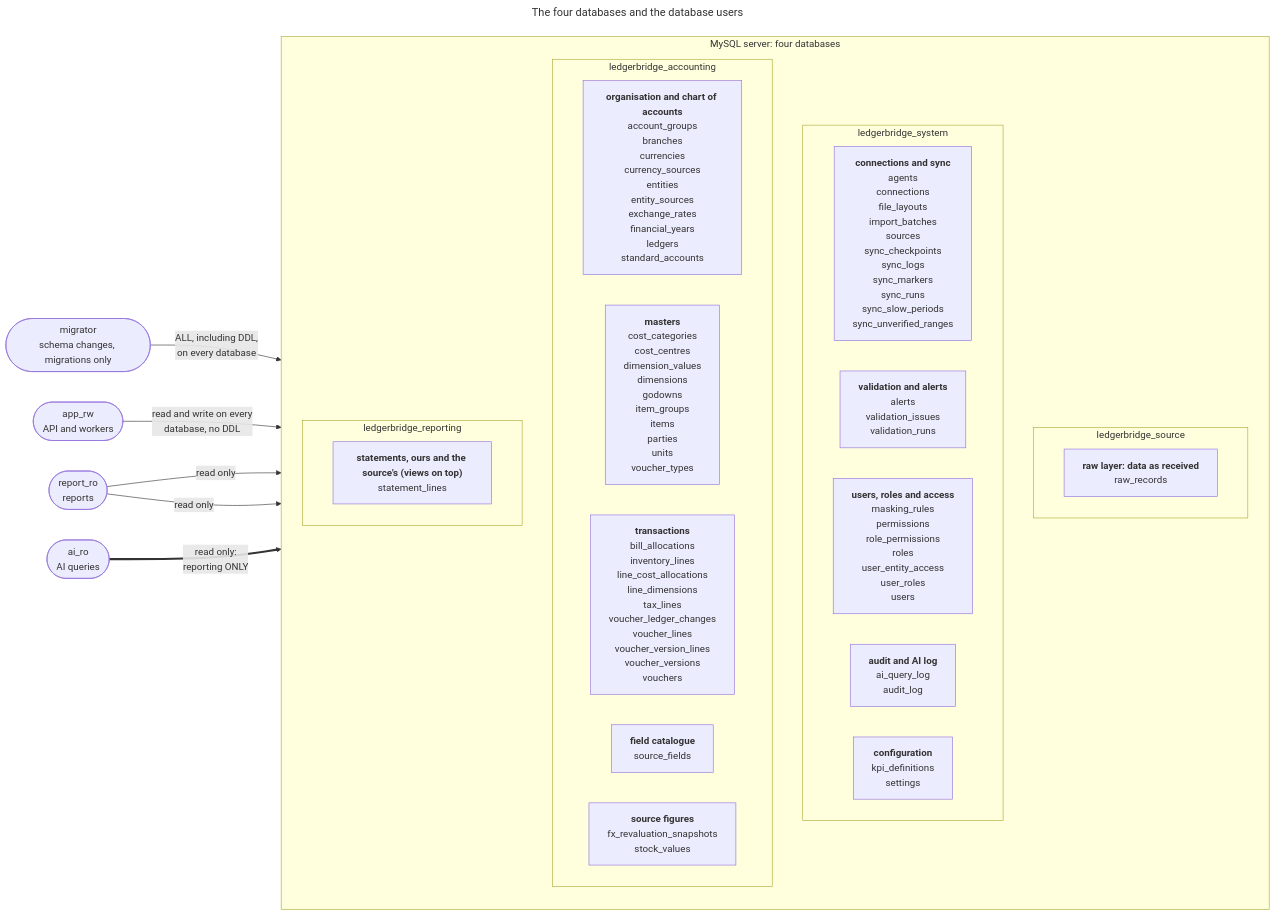
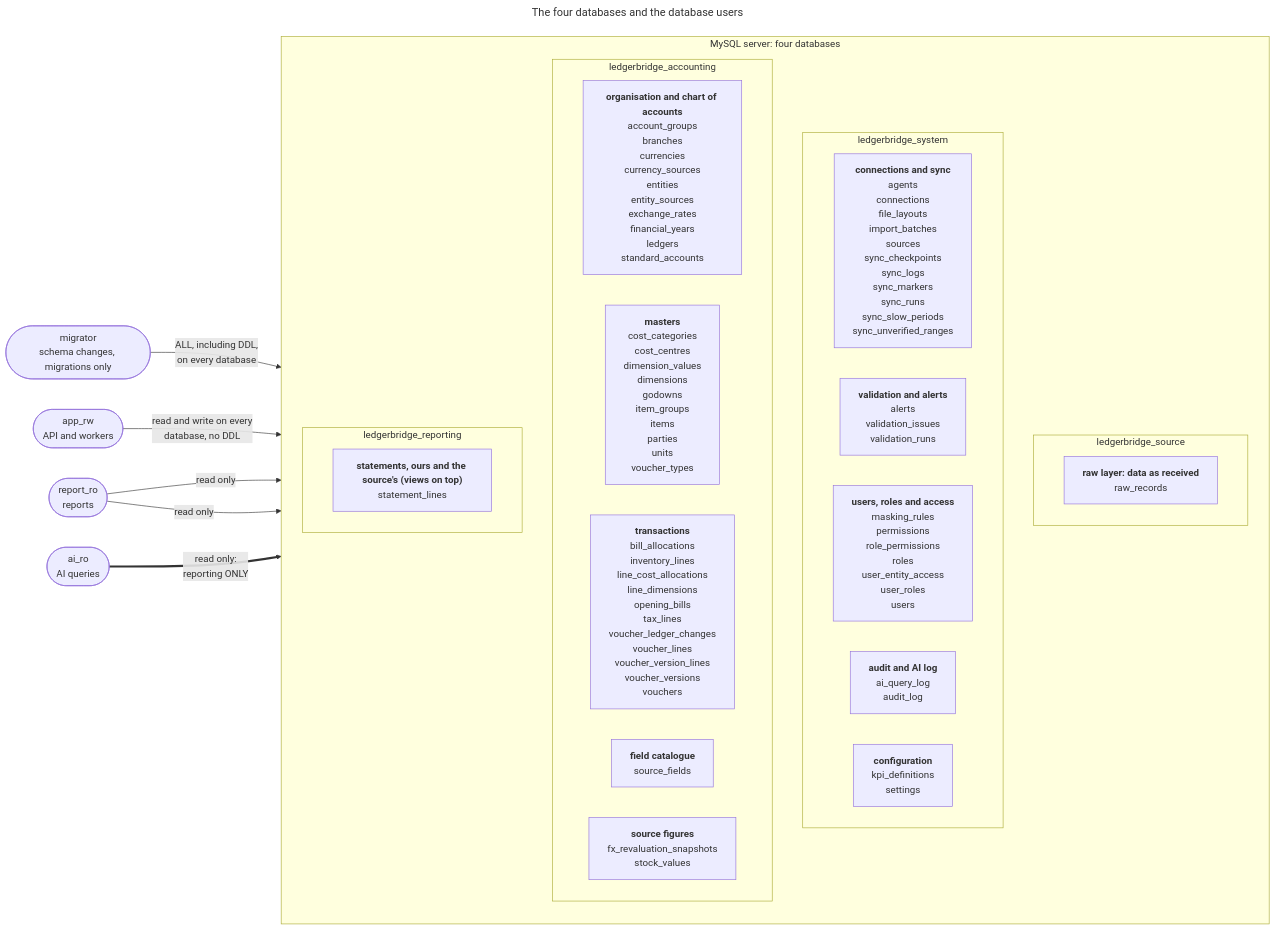
The diagram in docs/diagrams/schema-databases.mmd (empirical-logic-2026/ledgerbridge), drawn with Mermaid before and after one commit. The commit also changed 40 other files, not shown here.

First line of the commit message:
Data completion part 2: bill dates, due dates and opening bills in ageing

```diff
--- a/docs/diagrams/schema-databases.mmd
+++ b/docs/diagrams/schema-databases.mmd
@@ -1,38 +1,38 @@
 ---
 title: "The four databases and the database users"
 ---
 %% Generated by `python -m devtools.diagrams` from core/models: don't edit by hand.
 flowchart LR
     migrator(["migrator<br/>schema changes, migrations only"])
     app_rw(["app_rw<br/>API and workers"])
     report_ro(["report_ro<br/>reports"])
     ai_ro(["ai_ro<br/>AI queries"])
     subgraph mysql["MySQL server: four databases"]
     direction TB
     subgraph ledgerbridge_source["ledgerbridge_source"]
         ledgerbridge_source_1["<b>raw layer: data as received</b><br/>raw_records"]
     end
     subgraph ledgerbridge_system["ledgerbridge_system"]
         ledgerbridge_system_1["<b>connections and sync</b><br/>agents<br/>connections<br/>file_layouts<br/>import_batches<br/>sources<br/>sync_checkpoints<br/>sync_logs<br/>sync_markers<br/>sync_runs<br/>sync_slow_periods<br/>sync_unverified_ranges"]
         ledgerbridge_system_2["<b>validation and alerts</b><br/>alerts<br/>validation_issues<br/>validation_runs"]
         ledgerbridge_system_3["<b>users, roles and access</b><br/>masking_rules<br/>permissions<br/>role_permissions<br/>roles<br/>user_entity_access<br/>user_roles<br/>users"]
         ledgerbridge_system_4["<b>audit and AI log</b><br/>ai_query_log<br/>audit_log"]
         ledgerbridge_system_5["<b>configuration</b><br/>kpi_definitions<br/>settings"]
     end
     subgraph ledgerbridge_accounting["ledgerbridge_accounting"]
         ledgerbridge_accounting_1["<b>organisation and chart of accounts</b><br/>account_groups<br/>branches<br/>currencies<br/>currency_sources<br/>entities<br/>entity_sources<br/>exchange_rates<br/>financial_years<br/>ledgers<br/>standard_accounts"]
         ledgerbridge_accounting_2["<b>masters</b><br/>cost_categories<br/>cost_centres<br/>dimension_values<br/>dimensions<br/>godowns<br/>item_groups<br/>items<br/>parties<br/>units<br/>voucher_types"]
-        ledgerbridge_accounting_3["<b>transactions</b><br/>bill_allocations<br/>inventory_lines<br/>line_cost_allocations<br/>line_dimensions<br/>tax_lines<br/>voucher_ledger_changes<br/>voucher_lines<br/>voucher_version_lines<br/>voucher_versions<br/>vouchers"]
+        ledgerbridge_accounting_3["<b>transactions</b><br/>bill_allocations<br/>inventory_lines<br/>line_cost_allocations<br/>line_dimensions<br/>opening_bills<br/>tax_lines<br/>voucher_ledger_changes<br/>voucher_lines<br/>voucher_version_lines<br/>voucher_versions<br/>vouchers"]
         ledgerbridge_accounting_4["<b>field catalogue</b><br/>source_fields"]
         ledgerbridge_accounting_5["<b>source figures</b><br/>fx_revaluation_snapshots<br/>stock_values"]
     end
     subgraph ledgerbridge_reporting["ledgerbridge_reporting"]
         ledgerbridge_reporting_1["<b>statements, ours and the source's (views on top)</b><br/>statement_lines"]
     end
     end
     migrator -->|"ALL, including DDL,<br/>on every database"| mysql
     app_rw -->|"read and write on every<br/>database, no DDL"| mysql
     report_ro -->|"read only"| ledgerbridge_accounting
     report_ro -->|"read only"| ledgerbridge_reporting
     ai_ro ==>|"read only:<br/>reporting ONLY"| ledgerbridge_reporting
     classDef planned fill:#f3f4f6,stroke:#9ca3af,stroke-dasharray:5 5,color:#4b5563
```
